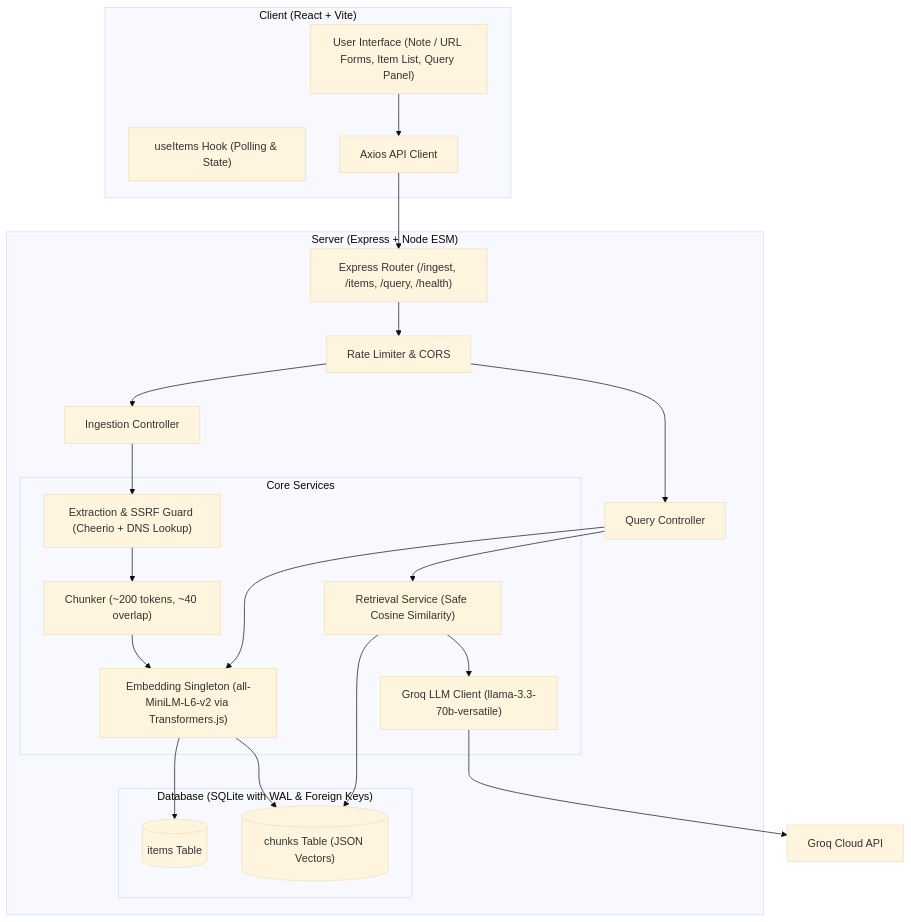
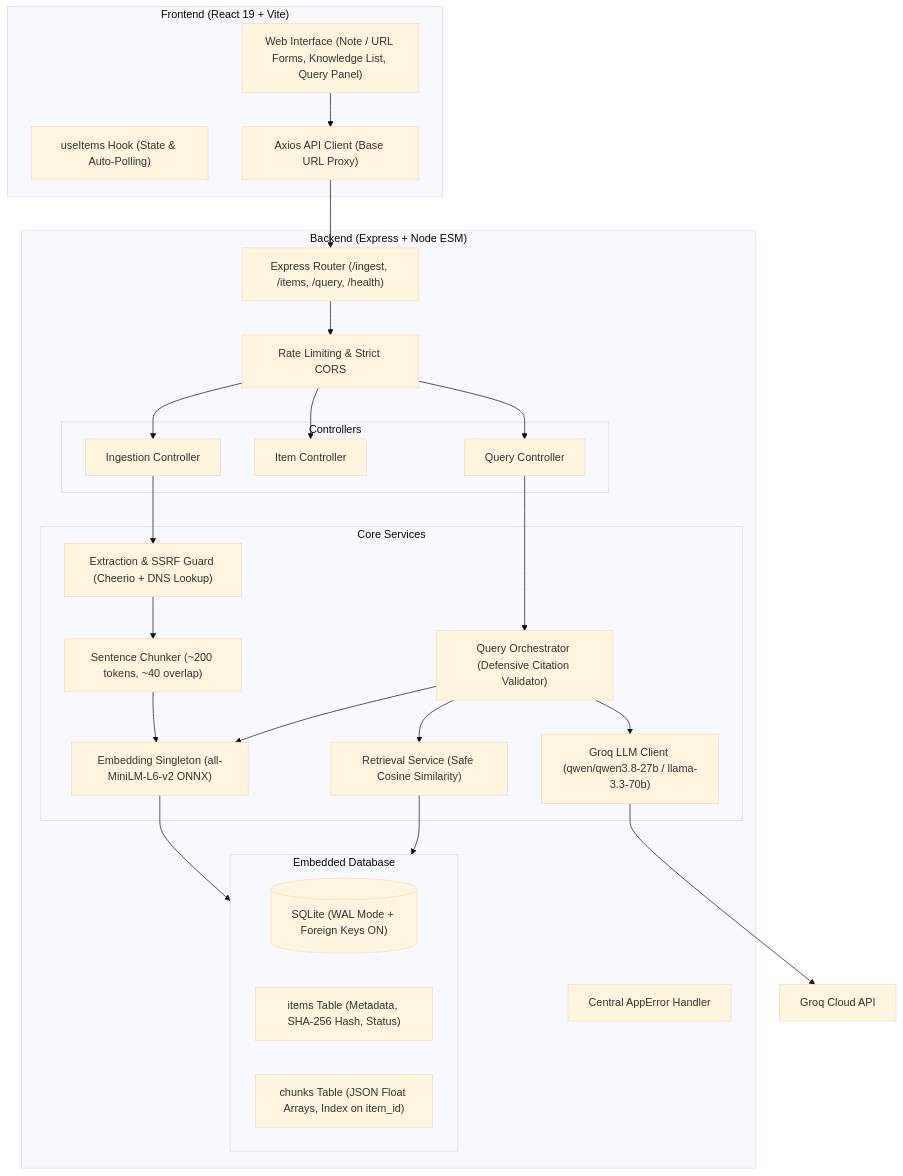
The first of 2 diagrams in README.md (BhaskaraRao-Aerupilli/ai-knowledge-inbox), drawn with Mermaid (base theme) before and after one commit. The commit also changed other lines of this file, not shown here.

Commit message:
docs: finalize production README with architecture diagrams and API specs

````diff
--- a/README.md
+++ b/README.md
@@ -13,46 +43,54 @@
 ```mermaid
 flowchart TD
-    subgraph Client ["Client (React + Vite)"]
-        UI["User Interface (Note / URL Forms, Item List, Query Panel)"]
-        Hook["useItems Hook (Polling & State)"]
-        API["Axios API Client"]
+    subgraph Client ["Frontend (React 19 + Vite)"]
+        UI["Web Interface (Note / URL Forms, Knowledge List, Query Panel)"]
+        Hook["useItems Hook (State & Auto-Polling)"]
+        API["Axios API Client (Base URL Proxy)"]
     end
 
-    subgraph Server ["Server (Express + Node ESM)"]
+    subgraph Server ["Backend (Express + Node ESM)"]
         Router["Express Router (/ingest, /items, /query, /health)"]
-        Limiter["Rate Limiter & CORS"]
-        IngestCtrl["Ingestion Controller"]
-        QueryCtrl["Query Controller"]
+        Limiter["Rate Limiting & Strict CORS"]
+        ErrorHandler["Central AppError Handler"]
         
+        subgraph Controllers ["Controllers"]
+            IngestCtrl["Ingestion Controller"]
+            ItemCtrl["Item Controller"]
+            QueryCtrl["Query Controller"]
+        end
+
         subgraph Services ["Core Services"]
             ExtractSvc["Extraction & SSRF Guard (Cheerio + DNS Lookup)"]
-            ChunkSvc["Chunker (~200 tokens, ~40 overlap)"]
-            EmbedSvc["Embedding Singleton (all-MiniLM-L6-v2 via Transformers.js)"]
+            ChunkSvc["Sentence Chunker (~200 tokens, ~40 overlap)"]
+            EmbedSvc["Embedding Singleton (all-MiniLM-L6-v2 ONNX)"]
             RetrieveSvc["Retrieval Service (Safe Cosine Similarity)"]
-            LlmSvc["Groq LLM Client (llama-3.3-70b-versatile)"]
+            LlmSvc["Groq LLM Client (qwen/qwen3.8-27b / llama-3.3-70b)"]
+            QuerySvc["Query Orchestrator (Defensive Citation Validator)"]
         end
 
-        subgraph Storage ["Database (SQLite with WAL & Foreign Keys)"]
-            ItemsTable[("items Table")]
-            ChunksTable[("chunks Table (JSON Vectors)")]
+        subgraph Storage ["Embedded Database"]
+            DB[("SQLite (WAL Mode + Foreign Keys ON)")]
+            ItemsTable["items Table (Metadata, SHA-256 Hash, Status)"]
+            ChunksTable["chunks Table (JSON Float Arrays, Index on item_id)"]
         end
     end
 
     UI --> API
     API --> Router
     Router --> Limiter
     Limiter --> IngestCtrl
+    Limiter --> ItemCtrl
     Limiter --> QueryCtrl
 
     IngestCtrl --> ExtractSvc
     ExtractSvc --> ChunkSvc
     ChunkSvc --> EmbedSvc
-    EmbedSvc --> ItemsTable
-    EmbedSvc --> ChunksTable
+    EmbedSvc --> Storage
 
-    QueryCtrl --> EmbedSvc
-    QueryCtrl --> RetrieveSvc
-    RetrieveSvc --> ChunksTable
-    RetrieveSvc --> LlmSvc
-    LlmSvc --> GroqAPI["Groq Cloud API"]
+    QueryCtrl --> QuerySvc
+    QuerySvc --> EmbedSvc
+    QuerySvc --> RetrieveSvc
+    RetrieveSvc --> Storage
+    QuerySvc --> LlmSvc
+    LlmSvc --> GroqCloud["Groq Cloud API"]
 ```
````
